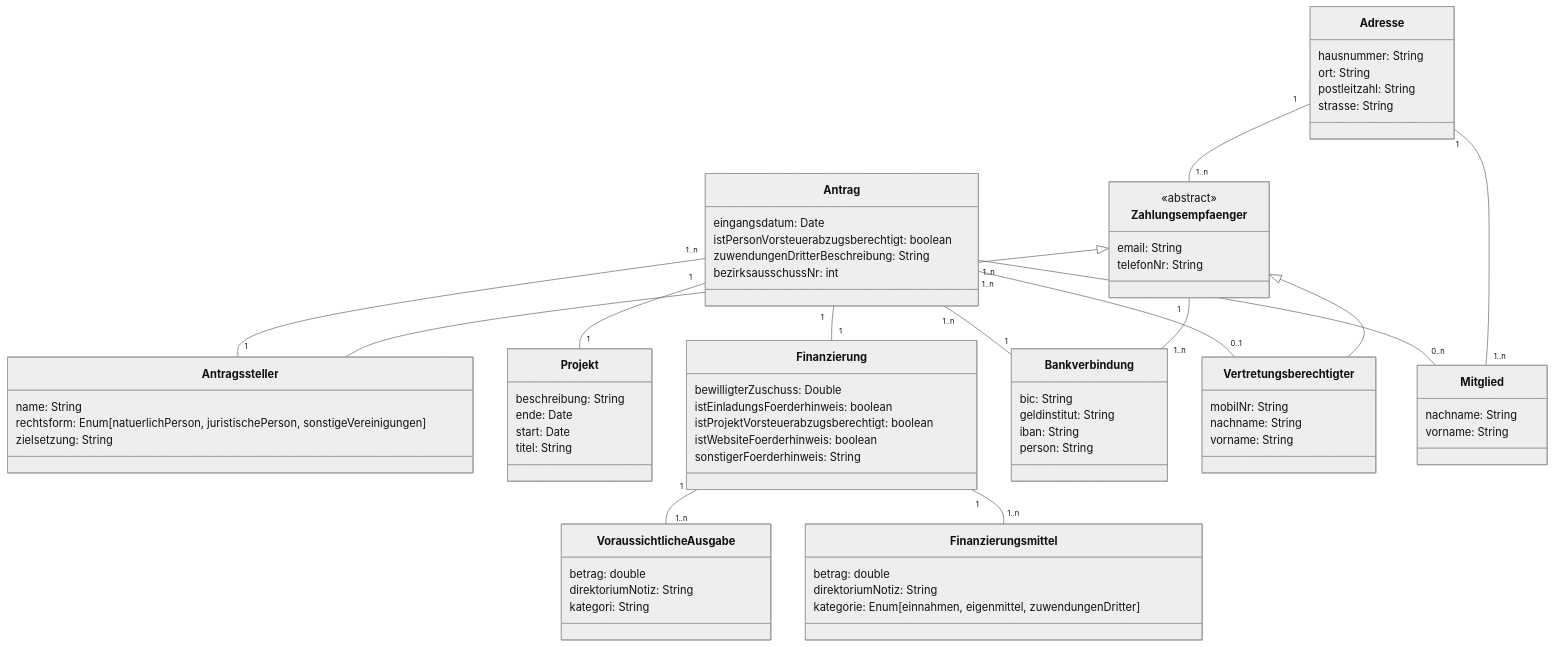
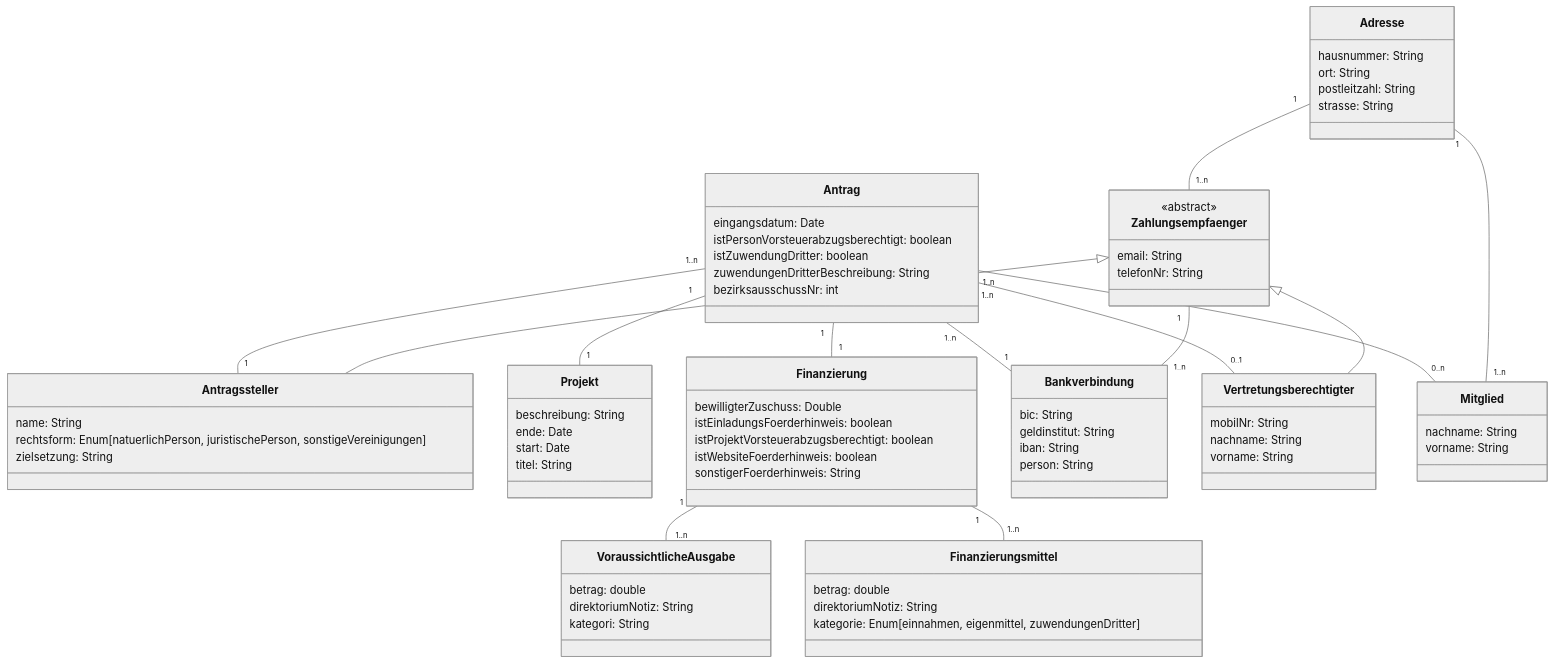
The diagram in docs/src/features/data-model.md (it-at-m/stadtbezirksbudget), drawn with Mermaid (neutral theme) before and after one commit. The commit also changed 2 other files, not shown here.

Commit message:
:construction: add boolean attribute to Finanzierung.java

```diff
--- a/docs/src/features/data-model.md
+++ b/docs/src/features/data-model.md
@@ -19,6 +19,7 @@
     class Antrag{
         eingangsdatum: Date
         istPersonVorsteuerabzugsberechtigt: boolean
+        istZuwendungDritter: boolean
         zuwendungenDritterBeschreibung: String
         bezirksausschussNr: int
     }
```
